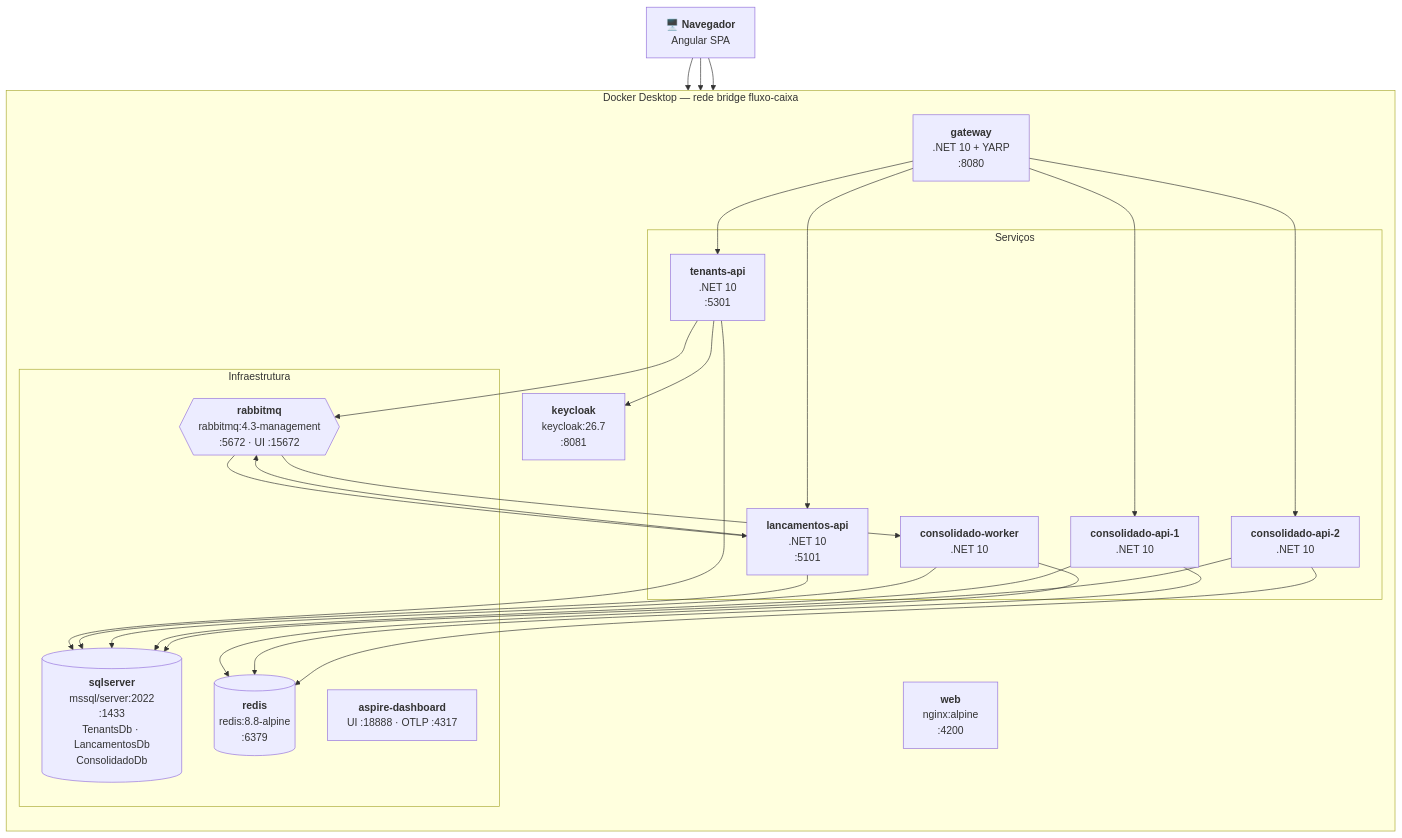
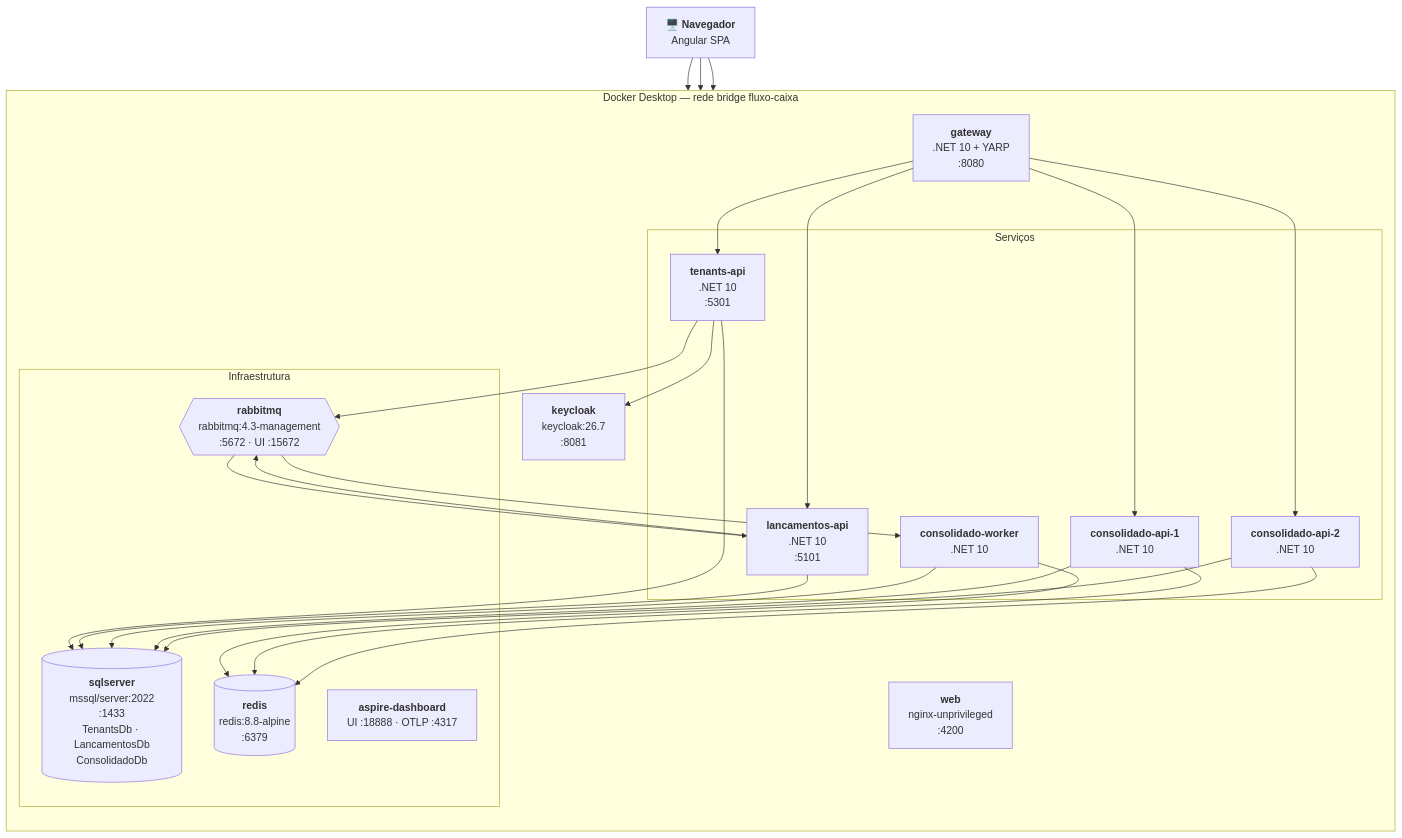
Before and after one commit to igorwaterloo/Verx-desafio20260922: the first of 2 diagrams in docs/architecture/deployment.md, drawn with Mermaid. The commit also changed other lines of this file and 8 other files, not shown here.

````diff
--- a/docs/architecture/deployment.md
+++ b/docs/architecture/deployment.md
@@ -9,45 +9,45 @@
 ```mermaid
 flowchart TB
     browser["🖥️ <b>Navegador</b><br/>Angular SPA"]
 
     subgraph host["Docker Desktop — rede bridge fluxo-caixa"]
         direction TB
-        web["<b>web</b><br/>nginx:alpine<br/>:4200"]
+        web["<b>web</b><br/>nginx-unprivileged<br/>:4200"]
         kc["<b>keycloak</b><br/>keycloak:26.7<br/>:8081"]
         gw["<b>gateway</b><br/>.NET 10 + YARP<br/>:8080"]
 
         subgraph svc["Serviços"]
             tapi["<b>tenants-api</b><br/>.NET 10<br/>:5301"]
             lapi["<b>lancamentos-api</b><br/>.NET 10<br/>:5101"]
             capi1["<b>consolidado-api-1</b><br/>.NET 10"]
             capi2["<b>consolidado-api-2</b><br/>.NET 10"]
             wk["<b>consolidado-worker</b><br/>.NET 10"]
         end
 
         subgraph infra["Infraestrutura"]
             sql[("<b>sqlserver</b><br/>mssql/server:2022<br/>:1433<br/>TenantsDb · LancamentosDb<br/>ConsolidadoDb")]
             mq{{"<b>rabbitmq</b><br/>rabbitmq:4.3-management<br/>:5672 · UI :15672"}}
             redis[("<b>redis</b><br/>redis:8.8-alpine<br/>:6379")]
             aspire["<b>aspire-dashboard</b><br/>UI :18888 · OTLP :4317"]
         end
     end
 
     browser --> web
     browser --> kc
     browser --> gw
     gw --> tapi
     gw --> lapi
     tapi --> sql
     tapi --> mq
     tapi --> kc
     mq --> lapi
     gw --> capi1
     gw --> capi2
     lapi --> sql
     lapi --> mq
     mq --> wk
     wk --> sql
     wk --> redis
     capi1 & capi2 --> redis
     capi1 & capi2 --> sql
 ```
````
